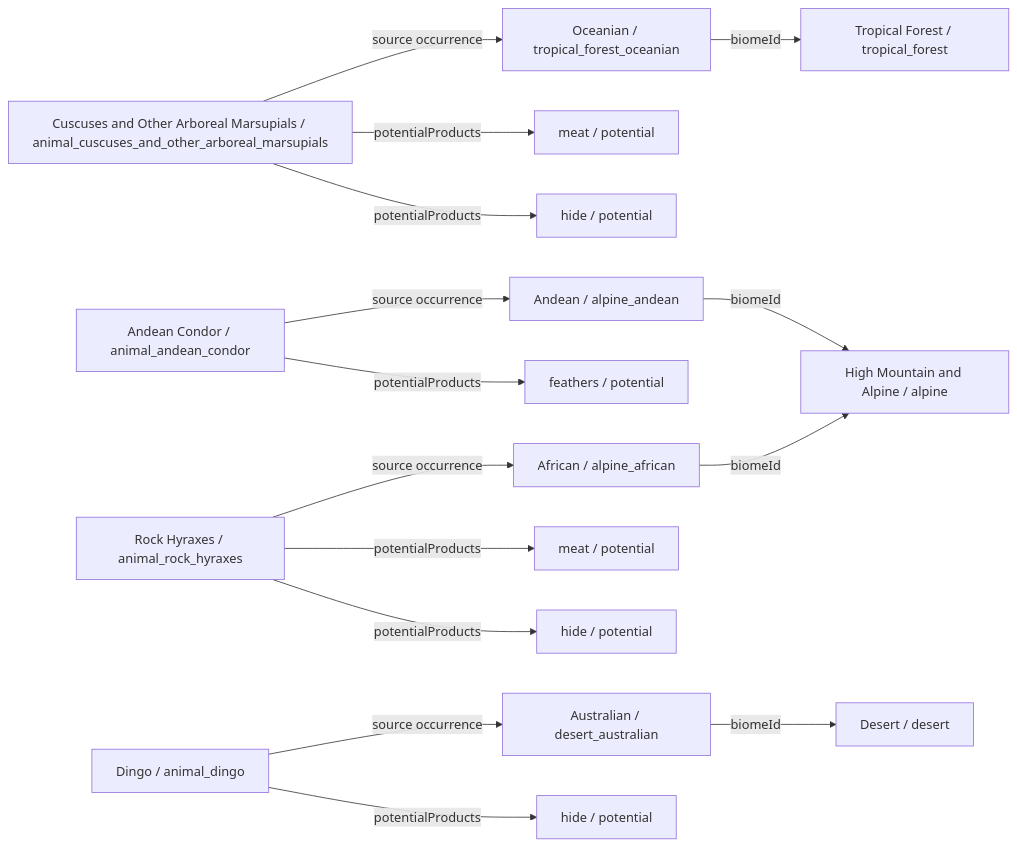
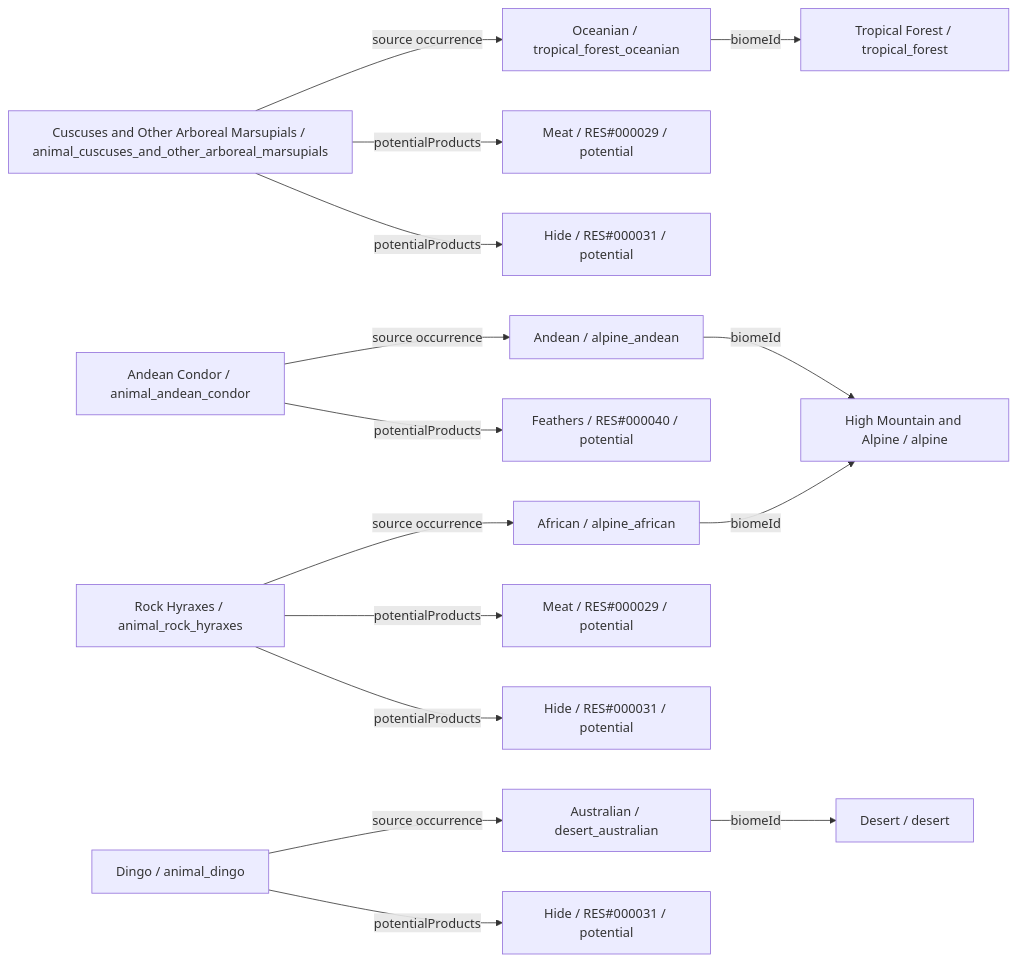
One commit to fgabo404/EvolveDoc changed the tenth of 34 diagrams in data/animals/DIAGRAMS.md. Above: the diagram before and after it, drawn with Mermaid. The commit also changed other lines of this file and 50 other files, not shown here.

````diff
--- a/data/animals/DIAGRAMS.md
+++ b/data/animals/DIAGRAMS.md
@@ -537,34 +537,34 @@
 ```mermaid
 flowchart LR
     c0["Cuscuses and Other Arboreal Marsupials / animal_cuscuses_and_other_arboreal_marsupials"]
     v3["Oceanian / tropical_forest_oceanian"]
     b0["Tropical Forest / tropical_forest"]
-    o0_0["meat / potential"]
-    o0_1["hide / potential"]
+    o0_0["Meat / RES#000029 / potential"]
+    o0_1["Hide / RES#000031 / potential"]
     c1["Andean Condor / animal_andean_condor"]
     v23["Andean / alpine_andean"]
     b6["High Mountain and Alpine / alpine"]
-    o1_0["feathers / potential"]
+    o1_0["Feathers / RES#000040 / potential"]
     c2["Rock Hyraxes / animal_rock_hyraxes"]
     v26["African / alpine_african"]
-    o2_0["meat / potential"]
-    o2_1["hide / potential"]
+    o2_0["Meat / RES#000029 / potential"]
+    o2_1["Hide / RES#000031 / potential"]
     c3["Dingo / animal_dingo"]
     v18["Australian / desert_australian"]
     b4["Desert / desert"]
-    o3_0["hide / potential"]
+    o3_0["Hide / RES#000031 / potential"]
     c0 -->|potentialProducts| o0_0
     c0 -->|potentialProducts| o0_1
     c0 -->|source occurrence| v3
     c1 -->|potentialProducts| o1_0
     c1 -->|source occurrence| v23
     c2 -->|potentialProducts| o2_0
     c2 -->|potentialProducts| o2_1
     c2 -->|source occurrence| v26
     c3 -->|potentialProducts| o3_0
     c3 -->|source occurrence| v18
     v18 -->|biomeId| b4
     v23 -->|biomeId| b6
     v26 -->|biomeId| b6
     v3 -->|biomeId| b0
 ```
````
